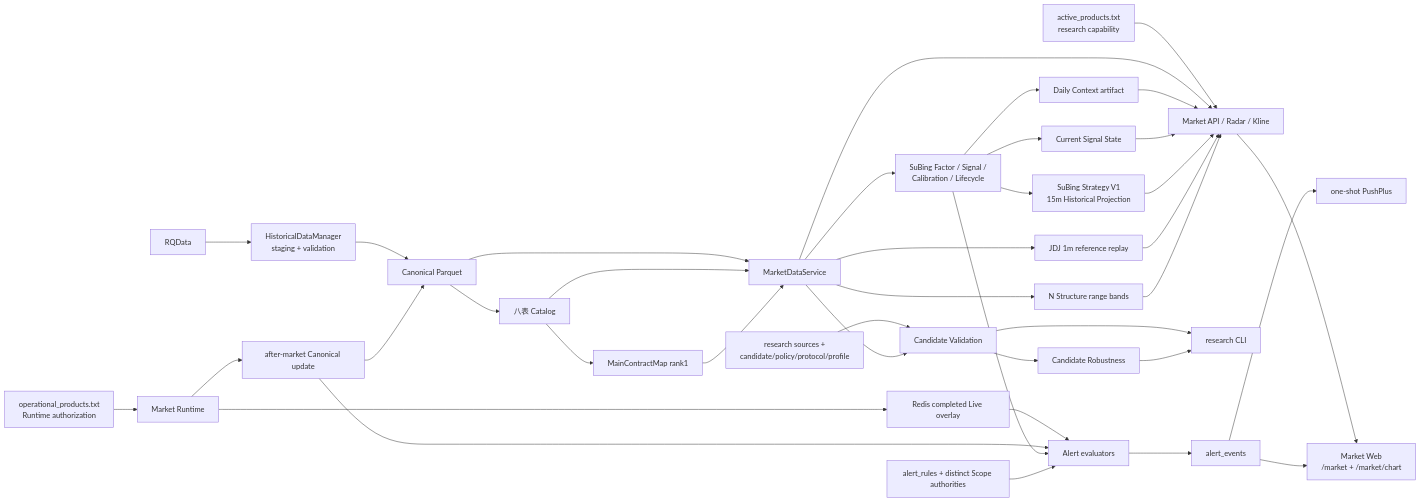
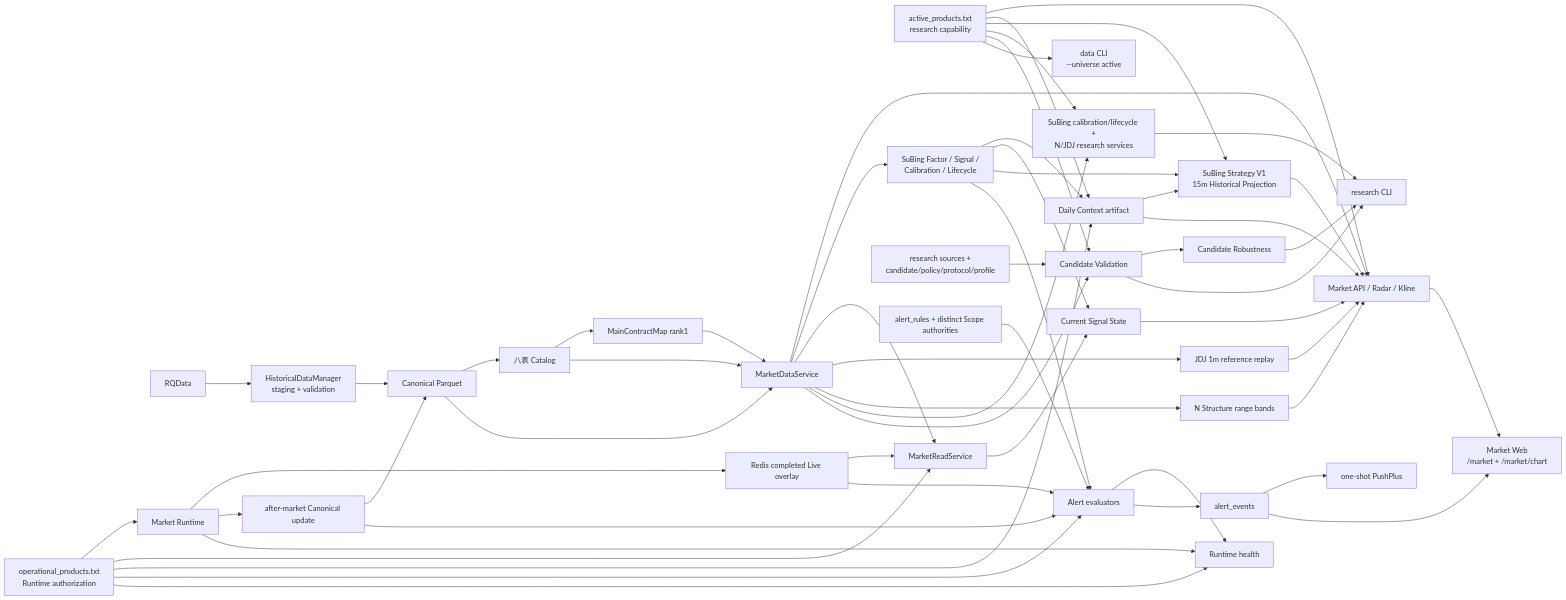
One commit to firehell/guiyi-quant-workstation changed the diagram in docs/ARCHITECTURE.md. Above: the diagram before and after it, drawn with Mermaid. The commit also changed other lines of this file and 2 other files, not shown here.

Commit message:
docs: close convergence review gaps

````diff
--- a/docs/ARCHITECTURE.md
+++ b/docs/ARCHITECTURE.md
@@ -7,46 +7,63 @@
 ```mermaid
 flowchart LR
   RQ[RQData] --> HDM[HistoricalDataManager<br/>staging + validation]
   HDM --> CP[Canonical Parquet]
   CP --> CAT[八表 Catalog]
   CAT --> MCM[MainContractMap rank1]
   CP --> MDS[MarketDataService]
   CAT --> MDS
   MCM --> MDS
 
   ACTIVE[active_products.txt<br/>research capability] --> MARKET[Market API / Radar / Kline]
+  ACTIVE --> DAILY
+  ACTIVE --> SSP
+  ACTIVE --> RS
+  ACTIVE --> CV
+  ACTIVE --> DCLI[data CLI<br/>--universe active]
   MDS --> MARKET
   MARKET --> WEB[Market Web<br/>/market + /market/chart]
 
   MDS --> SF[SuBing Factor / Signal /<br/>Calibration / Lifecycle]
+  MDS --> MREAD[MarketReadService]
   SF --> DAILY[Daily Context artifact]
   SF --> CURRENT[Current Signal State]
   SF --> SSP[SuBing Strategy V1<br/>15m Historical Projection]
+  MREAD --> CURRENT
+  DAILY --> SSP
   DAILY --> MARKET
   CURRENT --> MARKET
   SSP --> MARKET
 
   MDS --> JDJ[JDJ 1m reference replay]
   JDJ --> MARKET
   MDS --> N[N Structure range bands]
   N --> MARKET
 
+  MDS --> RS[SuBing calibration/lifecycle +<br/>N/JDJ research services]
   SRC[research sources +<br/>candidate/policy/protocol/profile] --> CV[Candidate Validation]
   MDS --> CV
   CV --> ROB[Candidate Robustness]
+  RS --> RCLI[research CLI]
   CV --> RCLI[research CLI]
   ROB --> RCLI
 
   OPS[operational_products.txt<br/>Runtime authorization] --> MR[Market Runtime]
+  OPS --> MREAD
+  OPS --> DAILY
+  OPS --> AE
+  OPS --> HEALTH[Runtime health]
   MR --> LIVE[Redis completed Live overlay]
   MR --> EOD[after-market Canonical update]
+  MR --> HEALTH
+  LIVE --> MREAD
   EOD --> CP
 
   LIVE --> AE[Alert evaluators]
   EOD --> AE
   SF --> AE
   RULE[alert_rules + distinct Scope authorities] --> AE
+  AE --> HEALTH
   AE --> EVENT[alert_events]
   EVENT --> PUSH[one-shot PushPlus]
   EVENT --> WEB
 ```
````
